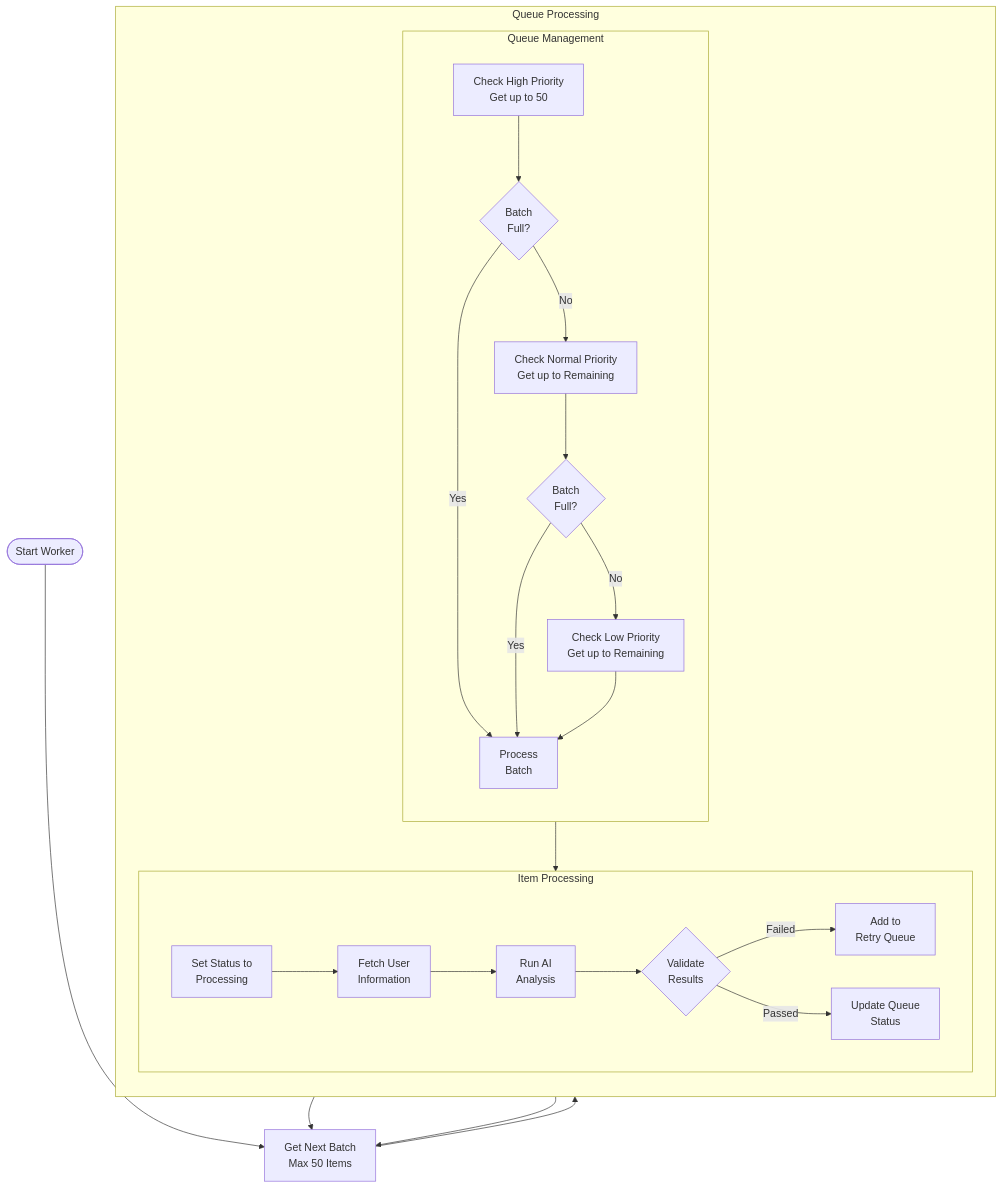
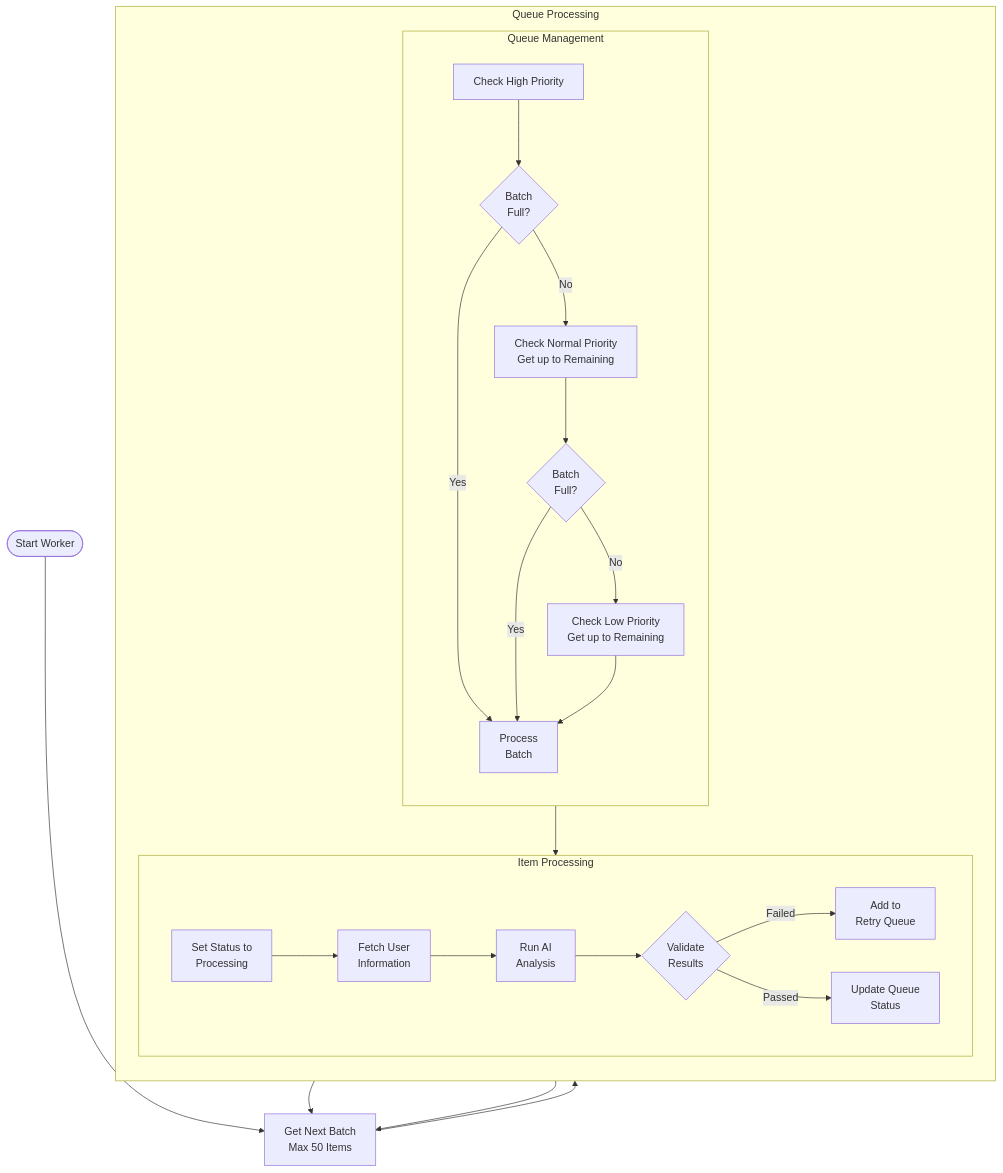
The fourth of 6 diagrams in README.md (robalyx/rotector), drawn with Mermaid before and after one commit. The commit also changed other lines of this file and 3 other files, not shown here.

````diff
--- a/README.md
+++ b/README.md
@@ -293,36 +300,36 @@
 ```mermaid
 flowchart TB
     Start([Start Worker]) --> GetBatch[Get Next Batch<br>Max 50 Items]
     
     subgraph Processing [Queue Processing]
         direction TB
         subgraph QueueCheck [Queue Management]
             direction TB
-            CheckHigh[Check High Priority<br>Get up to 50] --> RemainingH{Batch<br>Full?}
+            CheckHigh[Check High Priority] --> RemainingH{Batch<br>Full?}
             RemainingH -->|No| CheckNormal[Check Normal Priority<br>Get up to Remaining]
             RemainingH -->|Yes| Process
             
             CheckNormal --> RemainingN{Batch<br>Full?}
             RemainingN -->|No| CheckLow[Check Low Priority<br>Get up to Remaining]
             RemainingN -->|Yes| Process
             
             CheckLow --> Process[Process<br>Batch]
         end
         
         subgraph ItemProcess [Item Processing]
             direction LR
             UpdateStatus[Set Status to<br>Processing] --> FetchInfo[Fetch User<br>Information]
             FetchInfo --> AICheck[Run AI<br>Analysis]
             AICheck --> Validate{Validate<br>Results}
             
             Validate -->|Failed| RetryQueue[Add to<br>Retry Queue]
             Validate -->|Passed| UpdateQueue[Update Queue<br>Status]
         end
         
         QueueCheck --> ItemProcess
     end
     
     GetBatch --> Processing
     RetryQueue --> GetBatch
     UpdateQueue --> GetBatch
 ```
````
